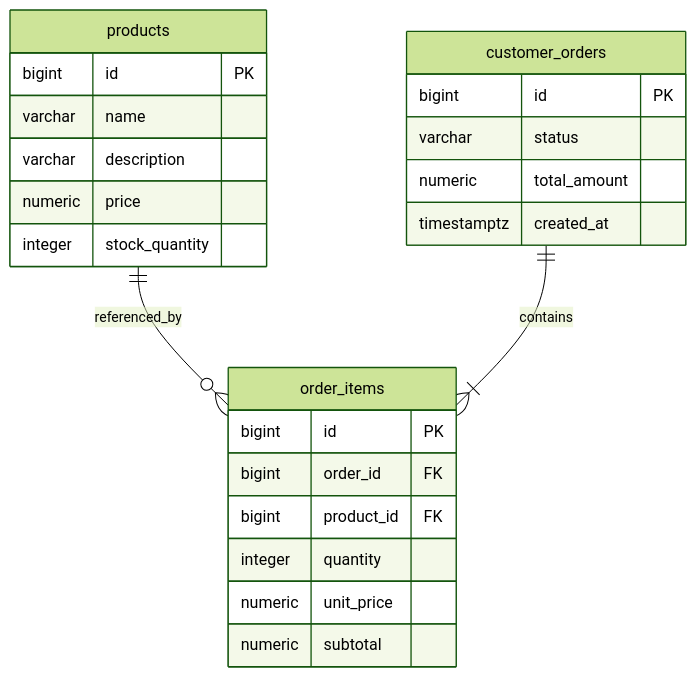
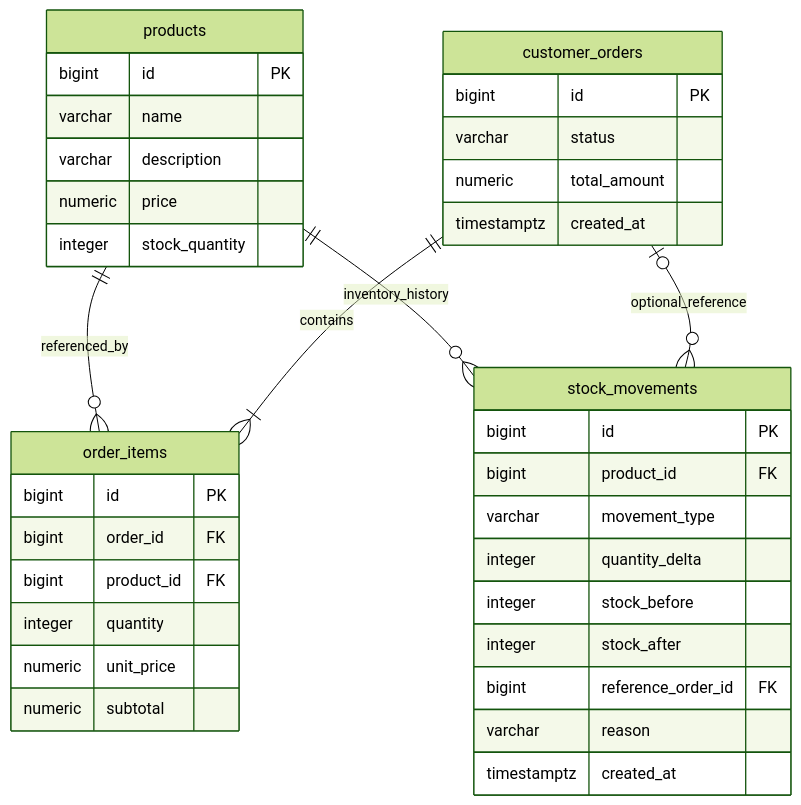
Before and after one commit to 22127433/order-management-api: the second of 3 diagrams in README.md, drawn with Mermaid (forest theme). The commit also changed other lines of this file and 18 other files, not shown here.

Commit message:
feat: add stock adjustments and inventory movement history

````diff
--- a/README.md
+++ b/README.md
@@ -81,29 +85,43 @@
 ```mermaid
 erDiagram
     products ||--o{ order_items : referenced_by
     customer_orders ||--|{ order_items : contains
+    products ||--o{ stock_movements : inventory_history
+    customer_orders o|--o{ stock_movements : optional_reference
 
     products {
         bigint id PK
         varchar name
         varchar description
         numeric price
         integer stock_quantity
     }
 
     customer_orders {
         bigint id PK
         varchar status
         numeric total_amount
         timestamptz created_at
     }
 
     order_items {
         bigint id PK
         bigint order_id FK
         bigint product_id FK
         integer quantity
         numeric unit_price
         numeric subtotal
     }
+
+    stock_movements {
+        bigint id PK
+        bigint product_id FK
+        varchar movement_type
+        integer quantity_delta
+        integer stock_before
+        integer stock_after
+        bigint reference_order_id FK
+        varchar reason
+        timestamptz created_at
+    }
 ```
````
